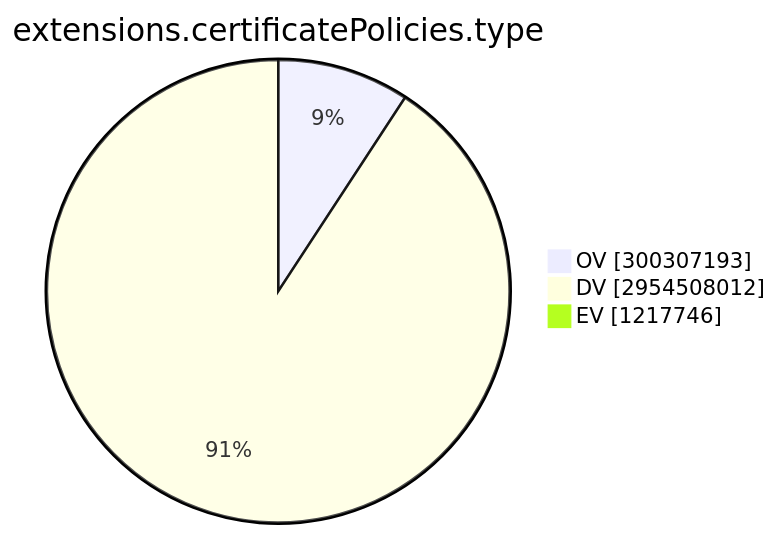
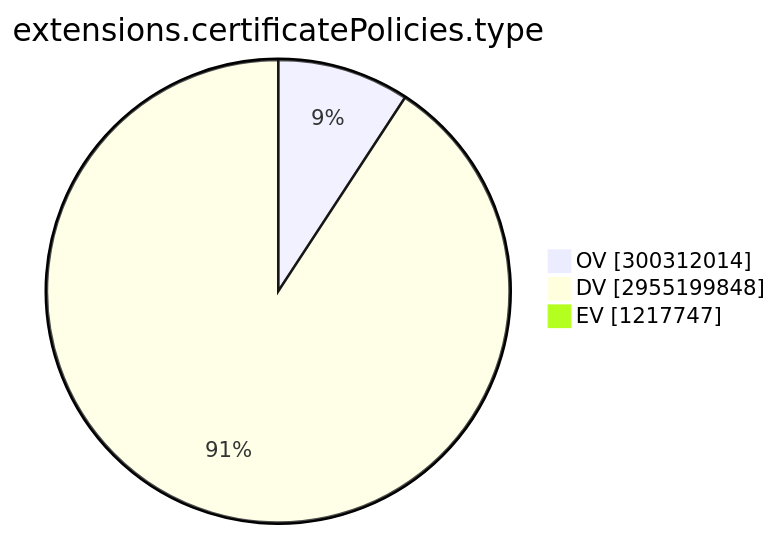
Before and after one commit to christiankrug/ctmonitor_visualization: the ninth of 15 diagrams in TOTAL/README.md, drawn with Mermaid. The commit also changed other lines of this file, not shown here.

````diff
--- a/TOTAL/README.md
+++ b/TOTAL/README.md
@@ -3101,7 +3101,7 @@
 ```mermaid
 pie showData
 title extensions.certificatePolicies.type
-"OV" :300307193
-"DV" :2954508012
-"EV" :1217746
+"OV" :300312014
+"DV" :2955199848
+"EV" :1217747
 ```
````
